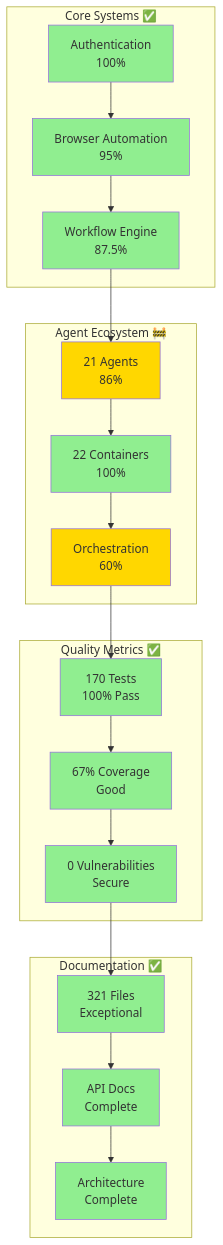
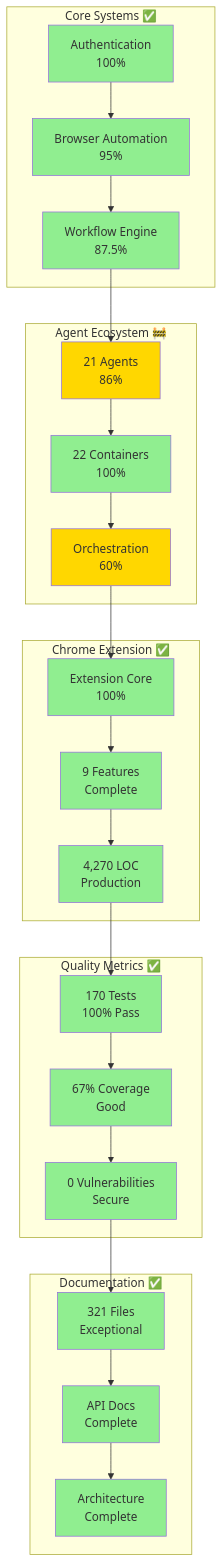
The sixth of 6 diagrams in STATS_OVERVIEW.md (creditXcredit/workstation), drawn with Mermaid before and after one commit. The commit also changed other lines of this file and 3 other files, not shown here.

Commit message:
Add Chrome extension code statistics (4,270 LOC, 9 features)

````diff
--- a/STATS_OVERVIEW.md
+++ b/STATS_OVERVIEW.md
@@ -177,51 +227,63 @@
 ```mermaid
 graph TB
     subgraph "Core Systems ✅"
         A[Authentication<br/>100%] 
         B[Browser Automation<br/>95%]
         C[Workflow Engine<br/>87.5%]
     end
     
     subgraph "Agent Ecosystem 🚧"
         D[21 Agents<br/>86%]
         E[22 Containers<br/>100%]
         F[Orchestration<br/>60%]
+    end
+    
+    subgraph "Chrome Extension ✅"
+        M[Extension Core<br/>100%]
+        N[9 Features<br/>Complete]
+        O[4,270 LOC<br/>Production]
     end
     
     subgraph "Quality Metrics ✅"
         G[170 Tests<br/>100% Pass]
         H[67% Coverage<br/>Good]
         I[0 Vulnerabilities<br/>Secure]
     end
     
     subgraph "Documentation ✅"
         J[321 Files<br/>Exceptional]
         K[API Docs<br/>Complete]
         L[Architecture<br/>Complete]
     end
     
     A --> B
     B --> C
     C --> D
     D --> E
     E --> F
-    F --> G
+    F --> M
+    M --> N
+    N --> O
+    O --> G
     G --> H
     H --> I
     I --> J
     J --> K
     K --> L
     
     style A fill:#90EE90
     style B fill:#90EE90
     style C fill:#90EE90
     style D fill:#FFD700
     style E fill:#90EE90
     style F fill:#FFD700
+    style M fill:#90EE90
+    style N fill:#90EE90
+    style O fill:#90EE90
     style G fill:#90EE90
     style H fill:#90EE90
     style I fill:#90EE90
     style J fill:#90EE90
     style K fill:#90EE90
     style L fill:#90EE90
 ```
````
